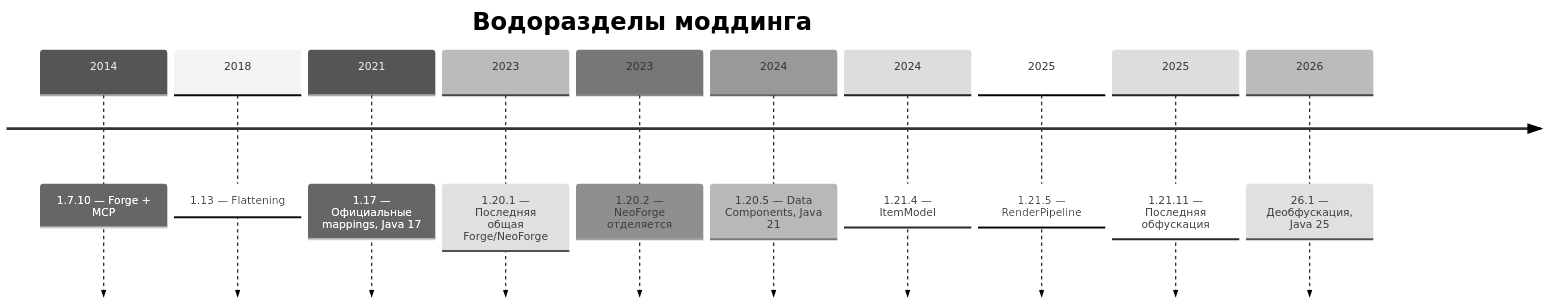
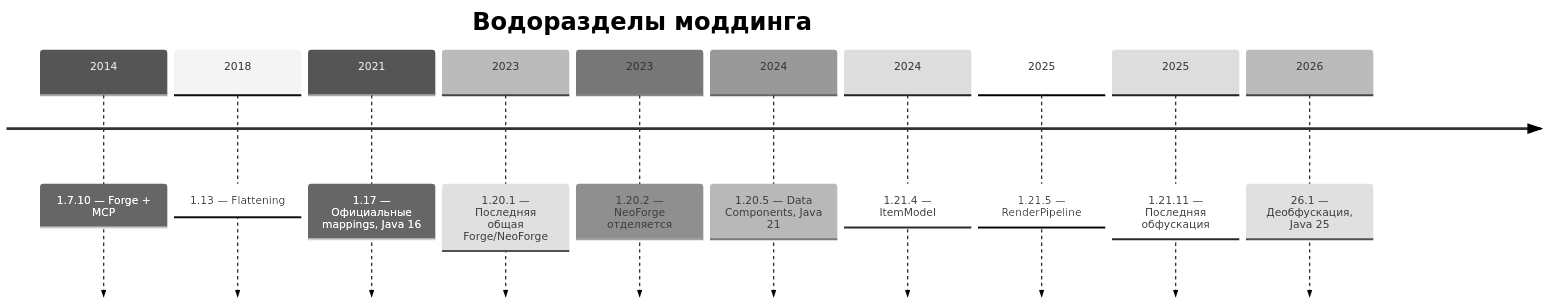
One commit to shfaray/minecraft-modding-research changed the diagram in 05-version-changes/00-index.md. Above: the diagram before and after it, drawn with Mermaid (neutral theme). The commit also changed other lines of this file and 1 other file, not shown here.

````diff
--- a/05-version-changes/00-index.md
+++ b/05-version-changes/00-index.md
@@ -72,14 +72,14 @@
 ```mermaid
 timeline
     title Водоразделы моддинга
     2014 : 1.7.10 — Forge + MCP
     2018 : 1.13 — Flattening
-    2021 : 1.17 — Официальные mappings, Java 17
+    2021 : 1.17 — Официальные mappings, Java 16
     2023 : 1.20.1 — Последняя общая Forge/NeoForge
     2023 : 1.20.2 — NeoForge отделяется
     2024 : 1.20.5 — Data Components, Java 21
     2024 : 1.21.4 — ItemModel
     2025 : 1.21.5 — RenderPipeline
     2025 : 1.21.11 — Последняя обфускация
     2026 : 26.1 — Деобфускация, Java 25
 ```
````
